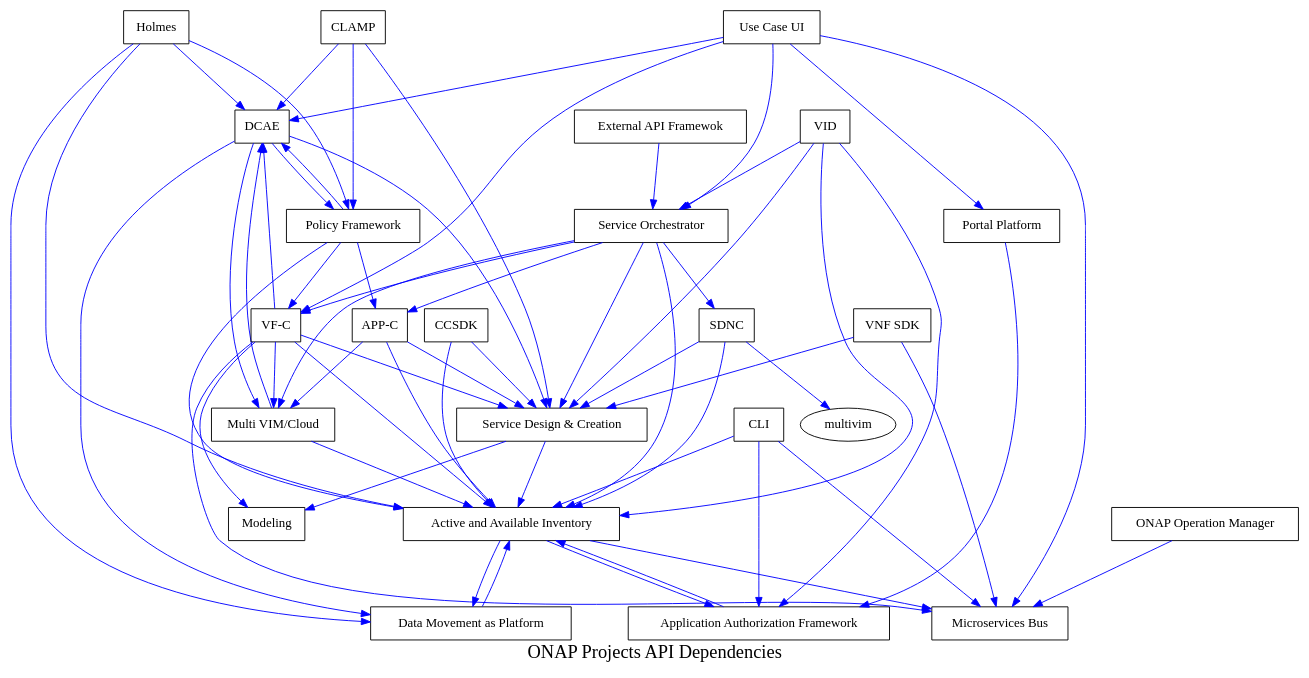
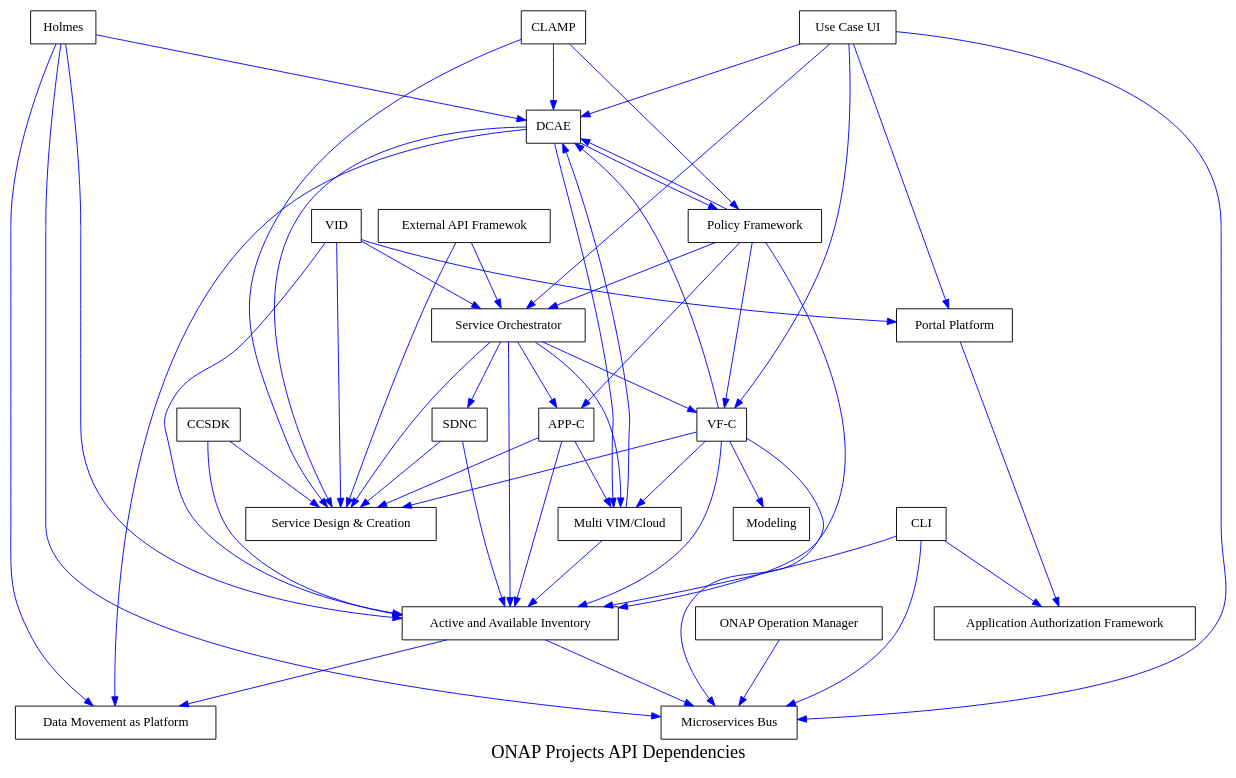
One commit to onap/integration changed the diagram in documentation/api-dependencies/onapapidependencies.dot. Above: the diagram before and after it, drawn with Graphviz.

Commit message:
Update dependency graph
Graph updated based on feedback from PTLs and current content of information
in each project planning (API incoming dependencies section)

Added link toward source of information

Issue-id: INT-109

```diff
--- a/documentation/api-dependencies/onapapidependencies.dot
+++ b/documentation/api-dependencies/onapapidependencies.dot
@@ -1,121 +1,114 @@
 /*
  * Copyright 2017 Huawei Technologies Co., Ltd.
  *
  * Licensed under the Apache License, Version 2.0 (the "License");
  * you may not use this file except in compliance with the License.
  * You may obtain a copy of the License at
  *
  *     http://www.apache.org/licenses/LICENSE-2.0
  *
  * Unless required by applicable law or agreed to in writing, software
  * distributed under the License is distributed on an "AS IS" BASIS,
  * WITHOUT WARRANTIES OR CONDITIONS OF ANY KIND, either express or implied.
  * See the License for the specific language governing permissions and
  * limitations under the License.
  */
 
 /*
 Usage: dot -T png -O onapapidependecies.dot   This cmd will generate a png graph dependency file.
 Graphiz is the open source tool used to generate the graph.
 Graphiz is available and documented at http://www.graphviz.org
 This text file represents the API dependencies between ONAP projects
 The relation between producer and consumer is formalized by the following convention:
 consumer -> producer; 
 */
  
 digraph {
 newrank=true;
 fontsize = 20;
 label="ONAP Projects API Dependencies";
 rankdir=TB;
 ranksep="1 equally"; 
 edge [color=Blue]
 
 aai				[shape=box,label="Active and Available Inventory"]
 aaf				[shape=box,label="Application Authorization Framework"]
 appc			[shape=box,label="APP-C"]
 ccsdk			[shape=box,label="CCSDK"]
 clamp			[shape=box,label="CLAMP"]
 cli			    [shape=box,label="CLI"]
 clamp			[shape=box,label="CLAMP"]
 dcaegen2		[shape=box,label="DCAE"]
 dmaap			[shape=box,label="Data Movement as Platform"]
 extapi			[shape=box,label="External API Framewok"]
 holmes			[shape=box,label="Holmes"]
 modeling		[shape=box,label="Modeling"]
 msb				[shape=box,label="Microservices Bus"]
 multicloud		[shape=box,label="Multi VIM/Cloud"]
 oom			    [shape=box,label="ONAP Operation Manager"]
 policy			[shape=box,label="Policy Framework"]
 portal			[shape=box,label="Portal Platform"]
 sdc				[shape=box,label="Service Design & Creation"]
 sdnc			[shape=box,label="SDNC"]
 so				[shape=box,label="Service Orchestrator"]
 vfc         	[shape=box,label="VF-C"]
 vid  			[shape=box,label="VID"]
-vnfsdk			[shape=box,label="VNF SDK"]
 usecaseui		[shape=box,label="Use Case UI"]
 
 
-aai -> aaf;
-aai -> dmaap;
+aai -> dmaap;			//https://wiki.onap.org/pages/viewpage.action?pageId=8227565#A&AIM1ReleasePlanning-APIIncomingDependencies
 aai -> msb;
-aaf -> aai;
-appc -> aai;
+appc -> aai;			//https://wiki.onap.org/pages/viewpage.action?pageId=6593279#APPCM1ReleasePlanning(AmsterdamRelease)-APIIncomingDependencies
 appc -> multicloud;
 appc -> sdc;
-ccsdk -> aai;
+ccsdk -> aai;			//https://wiki.onap.org/display/DW/Release+Planning+Template+%3A+CCSDK+Amsterdam+Release#ReleasePlanningTemplate:CCSDKAmsterdamRelease-APIIncomingDependencies
 ccsdk -> sdc;
-clamp -> dcaegen2;
+clamp -> dcaegen2;		//https://wiki.onap.org/display/DW/CLAMP+Release+Planning+M1#CLAMPReleasePlanningM1-APIIncomingDependencies
 clamp -> policy;
 clamp -> sdc;
-cli -> aaf;
+cli -> aaf;				//https://wiki.onap.org/display/DW/CLI+Release+Planning#CLIReleasePlanning-APIIncomingDependencies
 cli -> aai;
 cli -> msb;
-dcaegen2 -> dmaap;
+dcaegen2 -> dmaap;		//https://wiki.onap.org/display/DW/DCAE+R1+Release+Planning#DCAER1ReleasePlanning-APIIncomingDependencies
 dcaegen2 -> multicloud;
 dcaegen2 -> policy;
-dcaegen2 -> sdc;
-dmaap -> aai;
-extapi -> so;
-holmes -> aai;
+dcaegen2 -> sdc;			
+extapi -> so;			//https://wiki.onap.org/pages/viewpage.action?pageId=8227006#ExternalAPIFrameworkM1ReleasePlanning(AmsterdamRelease)-APIIncomingDependencies		
+extapi -> sdc;
+holmes -> aai;			//https://wiki.onap.org/pages/viewpage.action?pageId=6593583#HolmesReleasePlanningforAmsterdam-APIIncomingDependencies		
 holmes -> dcaegen2;
 holmes -> dmaap;
-holmes -> policy;
-multicloud -> aai;
+holmes -> msb;
+multicloud -> aai;		//https://wiki.onap.org/pages/viewpage.action?pageId=8225753#MultiVIM/CloudRelease1Planning-APIIncomingDependencies
 multicloud -> dcaegen2;
-oom -> msb;
-policy -> aai;
+oom -> msb;				//https://wiki.onap.org/display/DW/OOM+M1+Release+Planning+Template#OOMM1ReleasePlanningTemplate-APIIncomingDependencies
+policy -> aai;			//https://wiki.onap.org/display/DW/Policy+Framework+R1+-+M1+Release+Planning+Template#PolicyFrameworkR1-M1ReleasePlanningTemplate-APIIncomingDependencies
 policy -> appc;
 policy -> dcaegen2;
 policy -> vfc;
-portal -> aaf;
-sdc -> aai;
-sdc -> modeling;
-sdnc -> aai;
-sdnc -> multivim;
+policy -> so;
+portal -> aaf;			//https://wiki.onap.org/pages/viewpage.action?pageId=8227559#PortalPlatformM1ReleasePlanning(AmsterdamRelease)-APIIncomingDependencies
+sdnc -> aai;			//https://wiki.onap.org/display/DW/Release+Planning+Template+%3A+SDNC+Amsterdam+Release#ReleasePlanningTemplate:SDNCAmsterdamRelease-APIIncomingDependencies
 sdnc -> sdc;
-so -> aai;
+so -> aai;				//https://wiki.onap.org/display/DW/Service+Orchestrator+Release+Planning#ServiceOrchestratorReleasePlanning-APIIncomingDependencies
 so -> appc;
 so -> multicloud;
 so -> sdc;
 so -> sdnc;
 so -> vfc;
-usecaseui -> dcaegen2;
+usecaseui -> dcaegen2;	//https://wiki.onap.org/display/DW/Usecase+UI+Release+Planning#UsecaseUIReleasePlanning-APIIncomingDependencies
 usecaseui -> msb;
 usecaseui -> portal;
 usecaseui -> so;
 usecaseui -> vfc;
-vid -> aai;
-vid -> aaf;
+vid -> aai;				//https://wiki.onap.org/display/DW/VID+R1+Amsterdam+Release+Planning#VIDR1AmsterdamReleasePlanning-APIIncomingDependencies
+vid -> portal;
 vid -> sdc;
 vid -> so;
-vfc -> aai;
+vfc -> aai;				//https://wiki.onap.org/display/DW/VF-C+Release+Planning#VF-CReleasePlanning-APIIncomingDependencies
 vfc -> dcaegen2;
 vfc -> modeling;
 vfc -> multicloud;
 vfc -> msb;
 vfc -> sdc;
-vnfsdk -> msb;
-vnfsdk -> sdc;
 }
```
